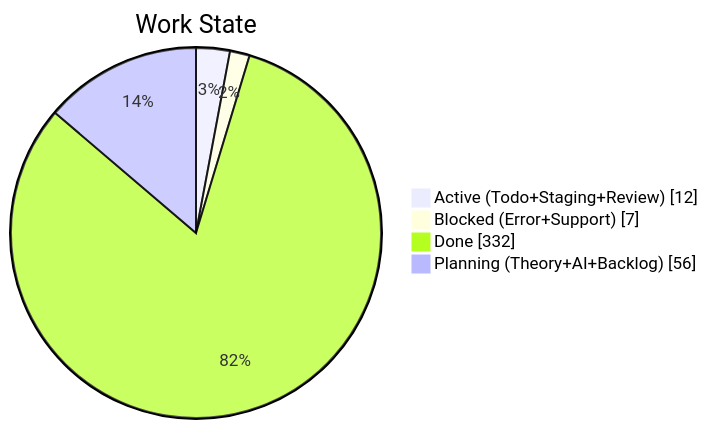
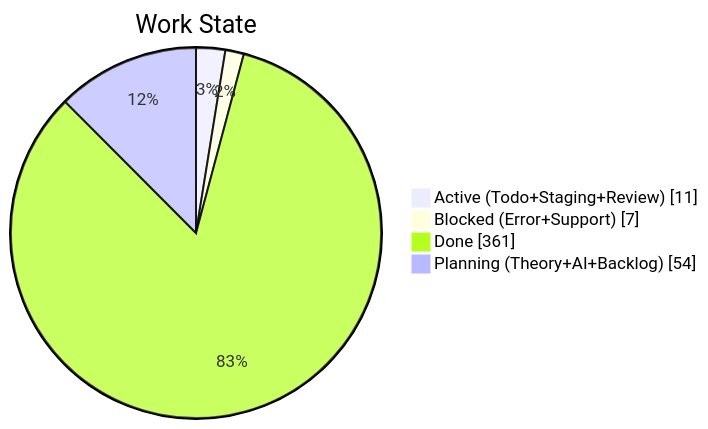
The second of 4 diagrams in apps/kbve/astro-kbve/src/content/docs/dashboard/kanban-data.mdx (KBVE/kbve), drawn with Mermaid before and after one commit. The commit also changed other lines of this file and 8 other files, not shown here.

````diff
--- a/apps/kbve/astro-kbve/src/content/docs/dashboard/kanban-data.mdx
+++ b/apps/kbve/astro-kbve/src/content/docs/dashboard/kanban-data.mdx
@@ -68,8 +68,8 @@
 ```mermaid
 pie showData
     title Work State
-    "Active (Todo+Staging+Review)" : 12
+    "Active (Todo+Staging+Review)" : 11
     "Blocked (Error+Support)" : 7
-    "Done" : 332
-    "Planning (Theory+AI+Backlog)" : 56
+    "Done" : 361
+    "Planning (Theory+AI+Backlog)" : 54
 ```
````
